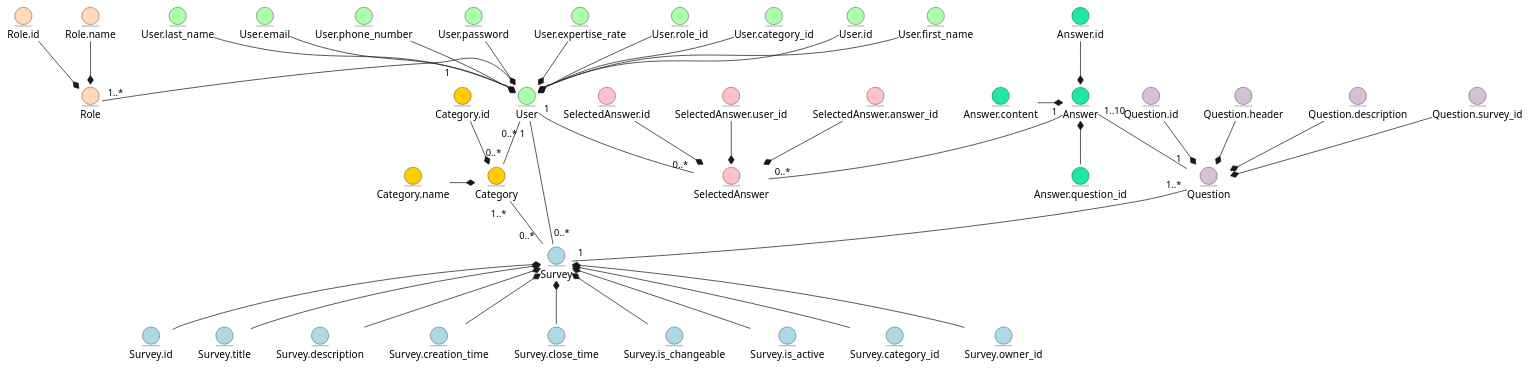
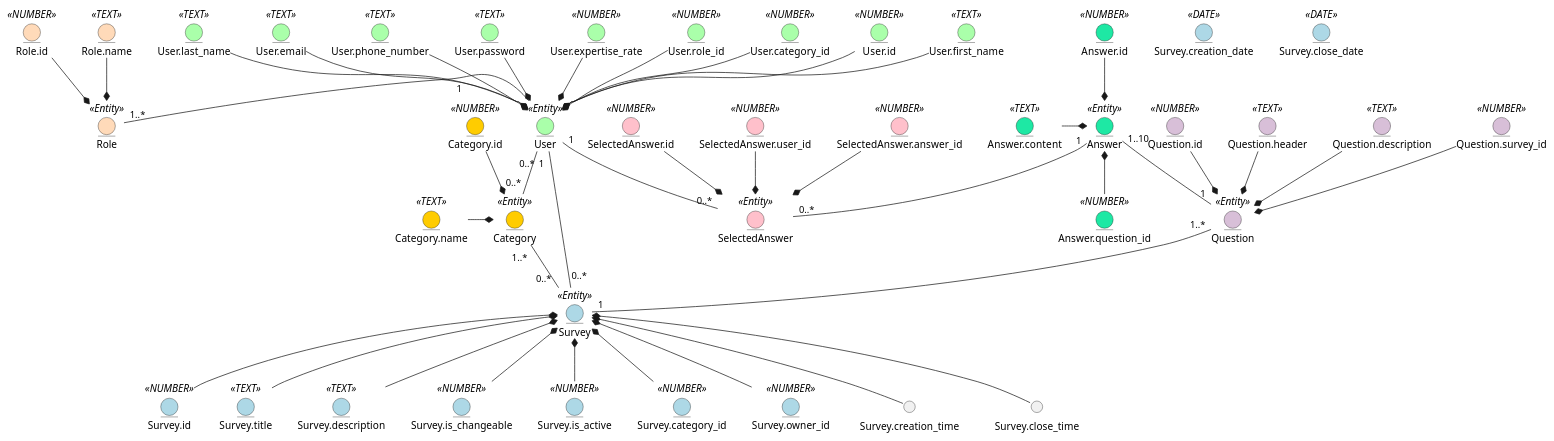
The first of 2 diagrams in docs/design.md (generalmaks/db_labs), drawn with PlantUML before and after one commit.

Commit message:
Added titles to entities and atributes in business-object model

````diff
--- a/docs/design.md
+++ b/docs/design.md
@@ -13,16 +13,16 @@
 ```plantuml
 @startuml
 
-entity User #aaffaa
-entity User.id #aaffaa
-entity User.first_name #aaffaa
-entity User.last_name #aaffaa
-entity User.email #aaffaa
-entity User.phone_number #aaffaa
-entity User.password #aaffaa
-entity User.expertise_rate #aaffaa
-entity User.role_id #aaffaa
-entity User.category_id #aaffaa
+entity User <<Entity>> #aaffaa
+entity User.id <<NUMBER>> #aaffaa
+entity User.first_name <<TEXT>> #aaffaa
+entity User.last_name <<TEXT>> #aaffaa
+entity User.email <<TEXT>> #aaffaa
+entity User.phone_number <<TEXT>> #aaffaa
+entity User.password <<TEXT>> #aaffaa
+entity User.expertise_rate <<NUMBER>> #aaffaa
+entity User.role_id <<NUMBER>> #aaffaa
+entity User.category_id <<NUMBER>> #aaffaa
 
 User.id -d-* User 
 User.first_name -d-* User
@@ -34,23 +34,23 @@
 User.role_id -d-* User
 User.category_id -d-* User
 
-entity Role #FFDAB9
-entity Role.id #FFDAB9
-entity Role.name #FFDAB9
+entity Role <<Entity>> #FFDAB9
+entity Role.id <<NUMBER>> #FFDAB9
+entity Role.name <<TEXT>> #FFDAB9
 
 Role.id --* Role
 Role.name --* Role
 
-entity Survey #ADD8E6
-entity Survey.id #ADD8E6
-entity Survey.title #ADD8E6
-entity Survey.description #ADD8E6
-entity Survey.creation_time #ADD8E6
-entity Survey.close_time #ADD8E6
-entity Survey.is_changeable #ADD8E6
-entity Survey.is_active #ADD8E6
-entity Survey.category_id #ADD8E6
-entity Survey.owner_id #ADD8E6
+entity Survey <<Entity>> #ADD8E6
+entity Survey.id <<NUMBER>> #ADD8E6
+entity Survey.title <<TEXT>> #ADD8E6
+entity Survey.description <<TEXT>> #ADD8E6
+entity Survey.creation_date <<DATE>> #ADD8E6
+entity Survey.close_date <<DATE>> #ADD8E6
+entity Survey.is_changeable <<NUMBER>> #ADD8E6
+entity Survey.is_active <<NUMBER>> #ADD8E6
+entity Survey.category_id <<NUMBER>> #ADD8E6
+entity Survey.owner_id <<NUMBER>> #ADD8E6
 
 Survey.id -u-* Survey
 Survey.title -u-* Survey
@@ -62,37 +62,37 @@
 Survey.is_active -u-* Survey
 Survey.owner_id -u-* Survey
 
-entity Question #D8BFD8
-entity Question.id #D8BFD8
-entity Question.header #D8BFD8
-entity Question.description #D8BFD8
-entity Question.survey_id #D8BFD8
+entity Question <<Entity>> #D8BFD8
+entity Question.id <<NUMBER>> #D8BFD8
+entity Question.header <<TEXT>> #D8BFD8
+entity Question.description <<TEXT>> #D8BFD8
+entity Question.survey_id <<NUMBER>> #D8BFD8
 
 Question.id --* Question
 Question.header --* Question
 Question.description --* Question
 Question.survey_id --* Question
 
-entity Answer #1ee8a4
-entity Answer.id #1ee8a4
-entity Answer.content #1ee8a4
-entity Answer.question_id #1ee8a4
+entity Answer <<Entity>> #1ee8a4
+entity Answer.id <<NUMBER>> #1ee8a4
+entity Answer.content <<TEXT>> #1ee8a4
+entity Answer.question_id <<NUMBER>> #1ee8a4
 
 Answer.id -d-* Answer 
 Answer.content -r-* Answer
 Answer.question_id -u-* Answer
 
-entity Category #FFCC00
-entity Category.id #FFCC00
-entity Category.name #FFCC00
+entity Category <<Entity>> #FFCC00
+entity Category.id <<NUMBER>> #FFCC00
+entity Category.name <<TEXT>> #FFCC00
 
 Category.id --* Category
 Category.name -* Category
 
-entity SelectedAnswer #FFC0CB
-entity SelectedAnswer.id #FFC0CB
-entity SelectedAnswer.user_id #FFC0CB
-entity SelectedAnswer.answer_id #FFC0CB
+entity SelectedAnswer <<Entity>> #FFC0CB
+entity SelectedAnswer.id <<NUMBER>> #FFC0CB
+entity SelectedAnswer.user_id <<NUMBER>> #FFC0CB
+entity SelectedAnswer.answer_id <<NUMBER>> #FFC0CB
 
 SelectedAnswer.id --* SelectedAnswer
 SelectedAnswer.user_id --* SelectedAnswer
````
